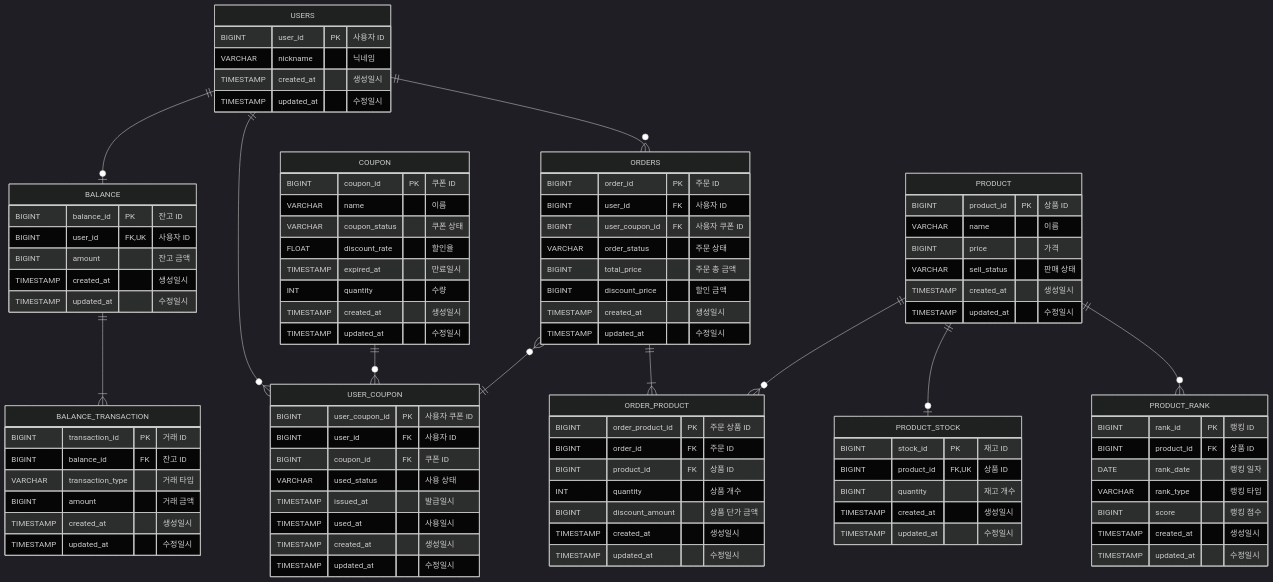
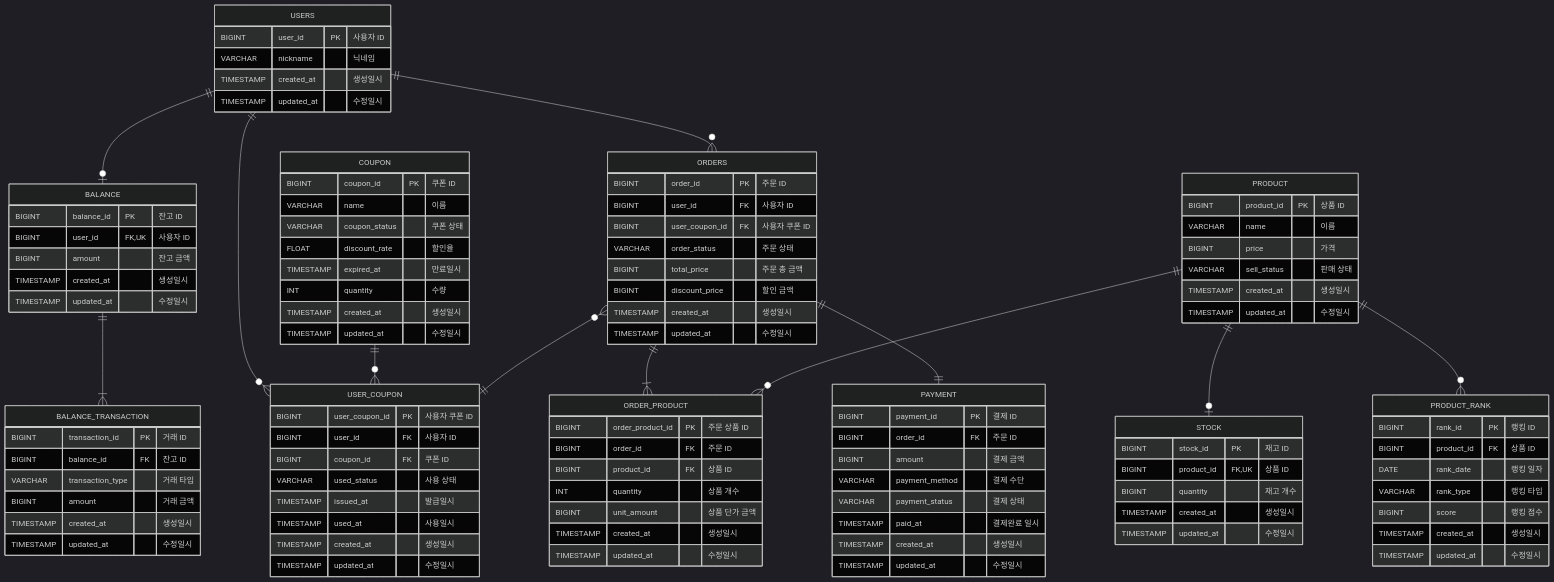
One commit to discphy/e-commerce changed the diagram in docs/architecture/04.ERD.md. Above: the diagram before and after it, drawn with Mermaid (dark theme). The commit also changed other lines of this file and 1 other file, not shown here.

```diff
--- a/docs/architecture/04.ERD.md
+++ b/docs/architecture/04.ERD.md
@@ -60,8 +62,9 @@
     COUPON ||--o{ USER_COUPON: ""
     ORDERS }o--|| USER_COUPON: ""
     ORDERS ||--|{ ORDER_PRODUCT: ""
+    ORDERS ||--|| PAYMENT: ""
     PRODUCT ||--o{ ORDER_PRODUCT: ""
-    PRODUCT ||--o| PRODUCT_STOCK: ""
+    PRODUCT ||--o| STOCK: ""
     PRODUCT ||--o{ PRODUCT_RANK: ""
 
     USERS {
@@ -119,7 +122,7 @@
         TIMESTAMP updated_at "수정일시"
     }
 
-    PRODUCT_STOCK {
+    STOCK {
         BIGINT stock_id PK "재고 ID"
         BIGINT product_id FK, UK "상품 ID"
         BIGINT quantity "재고 개수"
@@ -148,12 +151,23 @@
         TIMESTAMP updated_at "수정일시"
     }
 
+    PAYMENT {
+        BIGINT payment_id PK "결제 ID"
+        BIGINT order_id FK "주문 ID"
+        BIGINT amount "결제 금액"
+        VARCHAR payment_method "결제 수단"
+        VARCHAR payment_status "결제 상태"
+        TIMESTAMP paid_at "결제완료 일시"
+        TIMESTAMP created_at "생성일시"
+        TIMESTAMP updated_at "수정일시"
+    }
+
     ORDER_PRODUCT {
         BIGINT order_product_id PK "주문 상품 ID"
         BIGINT order_id FK "주문 ID"
         BIGINT product_id FK "상품 ID"
         INT quantity "상품 개수"
-        BIGINT discount_amount "상품 단가 금액"
+        BIGINT unit_amount "상품 단가 금액"
         TIMESTAMP created_at "생성일시"
         TIMESTAMP updated_at "수정일시"
     }
```
